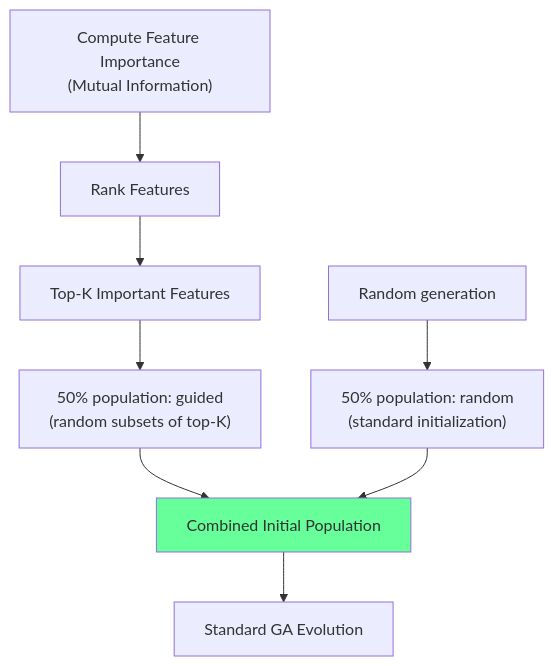
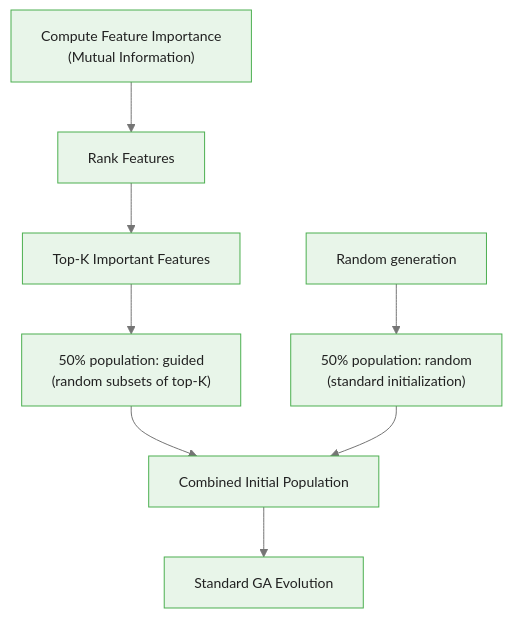
Before and after one commit to m-deane/course-creator: the third of 5 diagrams in courses/genetic-algorithms-feature-selection/modules/module_05_advanced/guides/01_advanced_techniques_slides.md, drawn with Mermaid. The commit also changed other lines of this file and 52 other files, not shown here.

````diff
--- a/courses/genetic-algorithms-feature-selection/modules/module_05_advanced/guides/01_advanced_techniques_slides.md
+++ b/courses/genetic-algorithms-feature-selection/modules/module_05_advanced/guides/01_advanced_techniques_slides.md
@@ -162,11 +161,11 @@
 ```mermaid
+%%{init: {"theme": "base", "themeVariables": {"primaryColor": "#e8f5e9", "primaryBorderColor": "#4caf50", "primaryTextColor": "#212121", "secondaryColor": "#e3f2fd", "tertiaryColor": "#fff8e1", "lineColor": "#757575", "fontFamily": "Inter, sans-serif", "fontSize": "14px"}}}%%
 flowchart TD
     A["Compute Feature Importance<br/>(Mutual Information)"] --> B["Rank Features"]
     B --> C["Top-K Important Features"]
     C --> D["50% population: guided<br/>(random subsets of top-K)"]
     E["Random generation"] --> F["50% population: random<br/>(standard initialization)"]
     D --> G["Combined Initial Population"]
     F --> G
     G --> H["Standard GA Evolution"]
-    style G fill:#6f9
 ```
````
